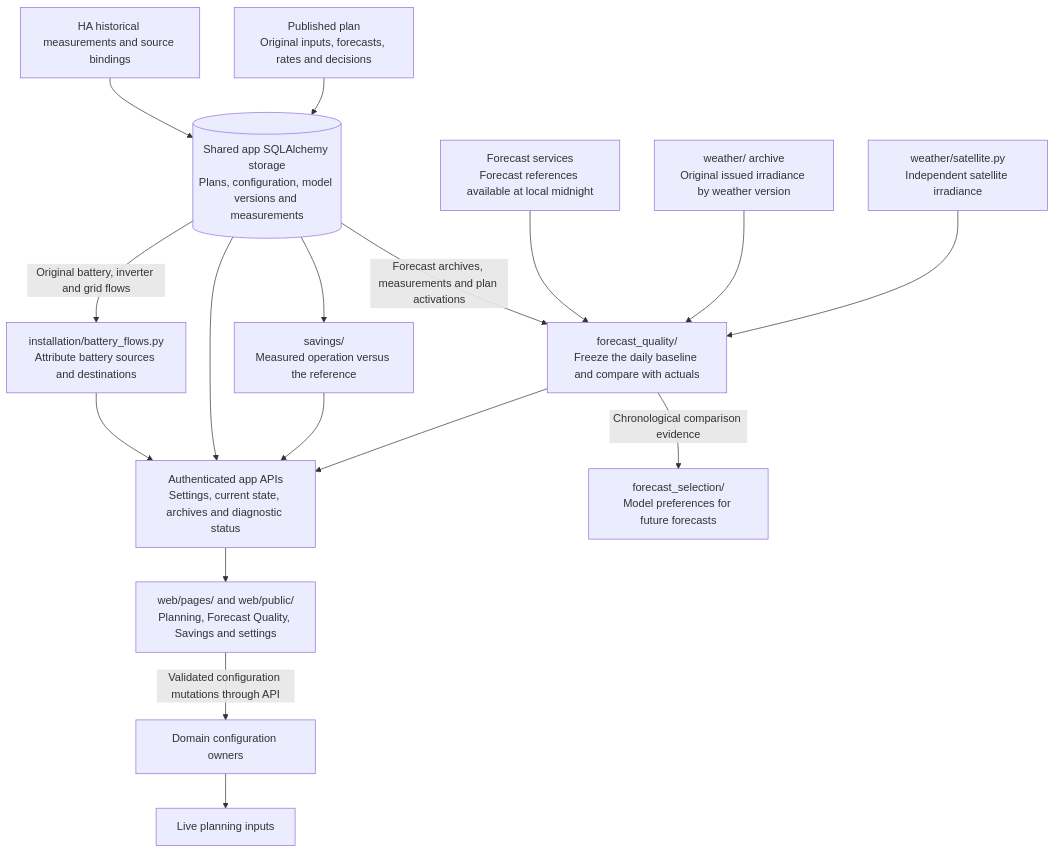
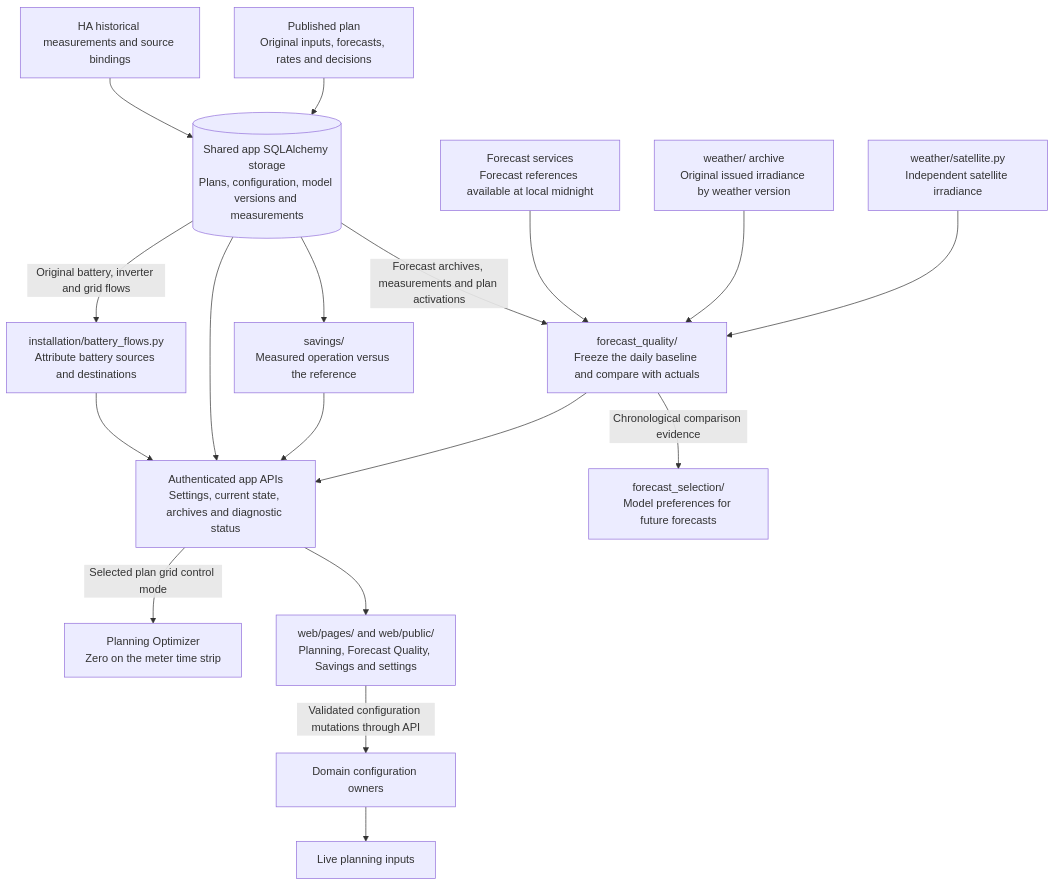
One commit to patrickvorgers/open-energy-planner changed the eighth of 8 diagrams in docs/development/ARCHITECTURE-OVERVIEW.md. Above: the diagram before and after it, drawn with Mermaid. The commit also changed other lines of this file and 32 other files, not shown here.

Commit message:
feat: show planned zero-grid periods in Optimizer

````diff
--- a/docs/development/ARCHITECTURE-OVERVIEW.md
+++ b/docs/development/ARCHITECTURE-OVERVIEW.md
@@ -232,21 +232,22 @@
 ```mermaid
 flowchart TD
     accTitle: Plan archives, historical evaluation and web UI
     accDescr: Published plans, configuration and measurements are durable. Forecast Quality and Savings read preserved evidence and expose different comparisons through the app APIs.
     PLAN["Published plan<br/>Original inputs, forecasts, rates and decisions"] --> ARCHIVE[("Shared app SQLAlchemy storage<br/>Plans, configuration, model versions and measurements")]
     HISTORY["HA historical measurements and source bindings"] --> ARCHIVE
     REFS["Forecast services<br/>Forecast references available at local midnight"] --> QUALITY["forecast_quality/<br/>Freeze the daily baseline and compare with actuals"]
     ARCHIVE -->|Forecast archives, measurements and plan activations| QUALITY
     WX["weather/ archive<br/>Original issued irradiance by weather version"] --> QUALITY
     SAT["weather/satellite.py<br/>Independent satellite irradiance"] --> QUALITY
     QUALITY -->|Chronological comparison evidence| PREFS["forecast_selection/<br/>Model preferences for future forecasts"]
     ARCHIVE --> SAVINGS["savings/<br/>Measured operation versus the reference"]
     ARCHIVE --> READ["Authenticated app APIs<br/>Settings, current state, archives and diagnostic status"]
     ARCHIVE -->|Original battery, inverter and grid flows| BATTERY["installation/battery_flows.py<br/>Attribute battery sources and destinations"]
     BATTERY --> READ
     QUALITY --> READ
     SAVINGS --> READ
     READ --> UI["web/pages/ and web/public/<br/>Planning, Forecast Quality, Savings and settings"]
+    READ -->|Selected plan grid control mode| OPTIMIZER["Planning Optimizer<br/>Zero on the meter time strip"]
     UI -->|Validated configuration mutations through API| SETTINGS["Domain configuration owners"]
     SETTINGS --> LIVE["Live planning inputs"]
 ```
````
